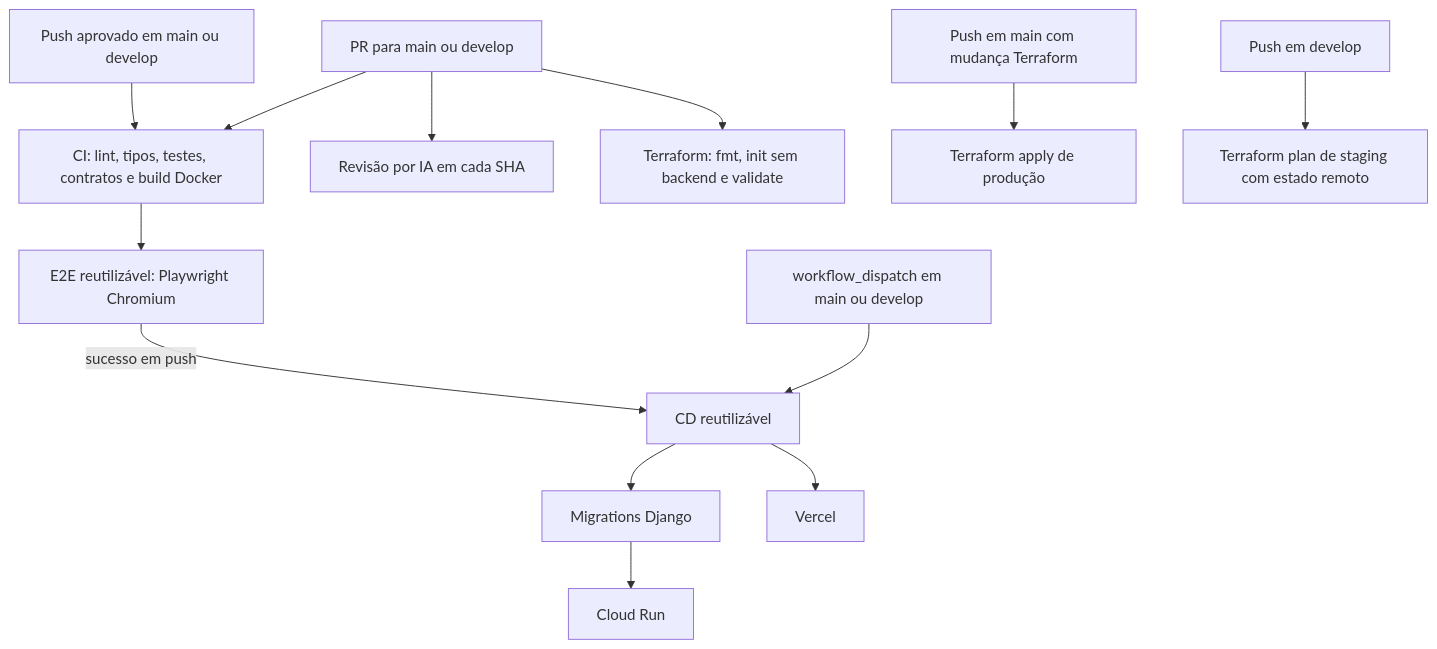
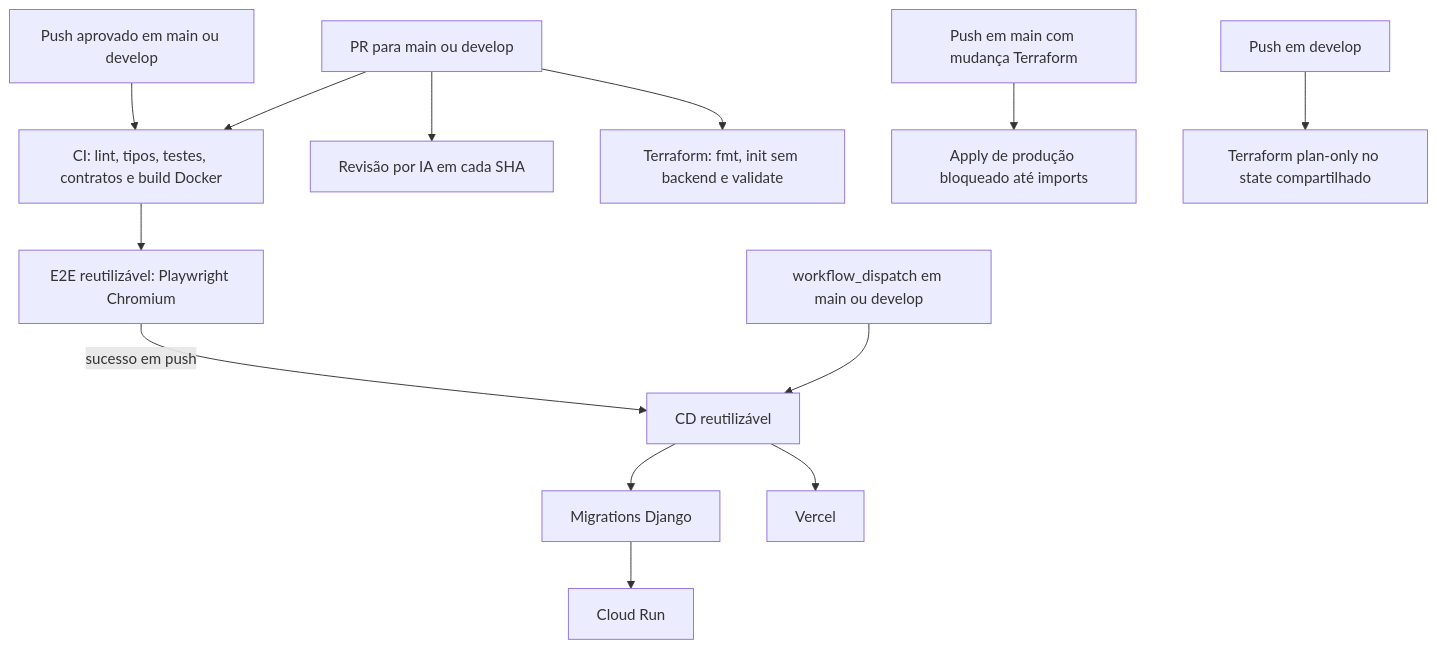
One commit to Rafaelp122/wedding_management changed the diagram in docs/4-explanation/architecture/ci-cd-pipeline-flow.md. Above: the diagram before and after it, drawn with Mermaid. The commit also changed other lines of this file and 8 other files, not shown here.

````diff
--- a/docs/4-explanation/architecture/ci-cd-pipeline-flow.md
+++ b/docs/4-explanation/architecture/ci-cd-pipeline-flow.md
@@ -17,17 +17,17 @@
 ```mermaid
 flowchart TD
     PR[PR para main ou develop] --> CI[CI: lint, tipos, testes, contratos e build Docker]
     CI --> E2E[E2E reutilizável: Playwright Chromium]
     PR --> AI[Revisão por IA em cada SHA]
     PR --> TFV[Terraform: fmt, init sem backend e validate]
 
     PUSH[Push aprovado em main ou develop] --> CI
     E2E -->|sucesso em push| CD[CD reutilizável]
     CD --> MIGRATE[Migrations Django]
     MIGRATE --> RUN[Cloud Run]
     CD --> VERCEL[Vercel]
 
-    MAIN[Push em main com mudança Terraform] --> APPLY[Terraform apply de produção]
-    DEVELOP[Push em develop] --> STAGING[Terraform plan de staging com estado remoto]
+    MAIN[Push em main com mudança Terraform] --> APPLY[Apply de produção bloqueado até imports]
+    DEVELOP[Push em develop] --> STAGING[Terraform plan-only no state compartilhado]
     MANUAL[workflow_dispatch em main ou develop] --> CD
 ```
````
